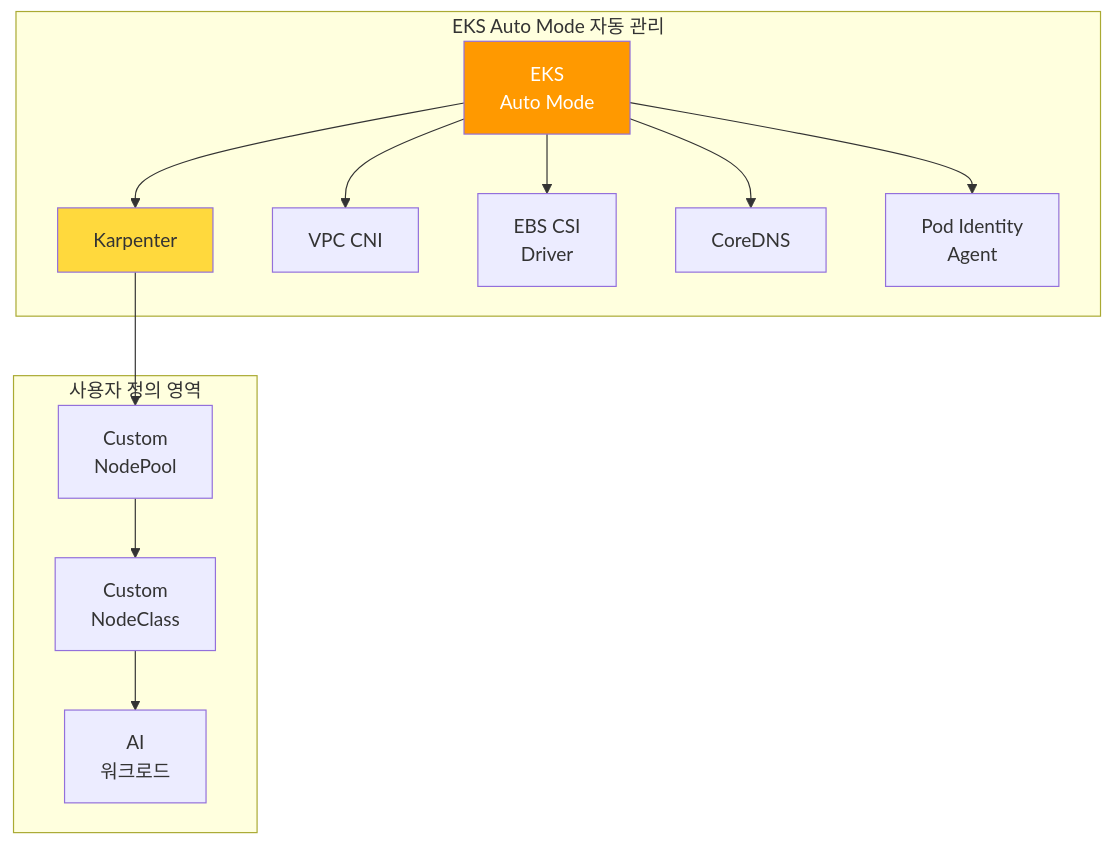
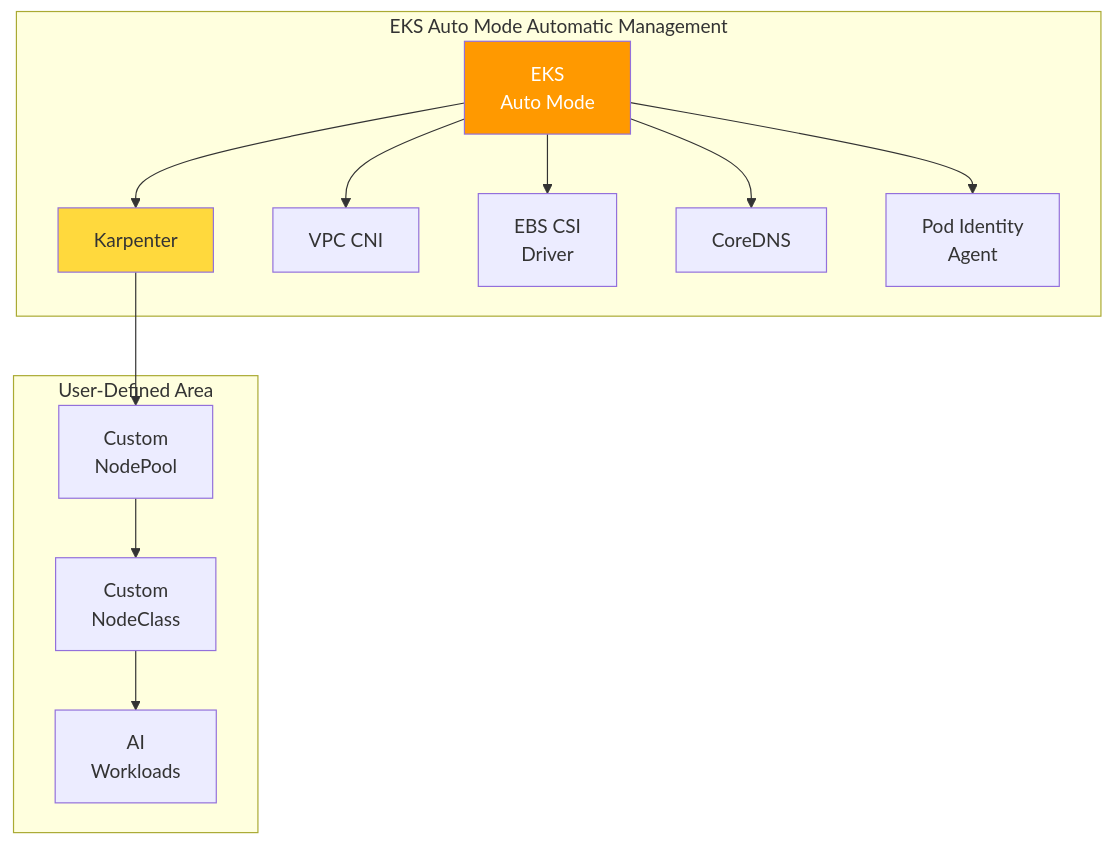
One commit to devfloor9/engineering-playbook changed the fourth of 11 diagrams in i18n/en/docusaurus-plugin-content-docs/current/agentic-ai-platform/design-architecture/agentic-ai-solutions-eks.md. Above: the diagram before and after it, drawn with Mermaid. The commit also changed other lines of this file and 16 other files, not shown here.

````diff
--- a/i18n/en/docusaurus-plugin-content-docs/current/agentic-ai-platform/design-architecture/agentic-ai-solutions-eks.md
+++ b/i18n/en/docusaurus-plugin-content-docs/current/agentic-ai-platform/design-architecture/agentic-ai-solutions-eks.md
@@ -236,29 +236,29 @@
 ```mermaid
 flowchart TD
-    subgraph AutoManaged["EKS Auto Mode 자동 관리"]
+    subgraph AutoManaged["EKS Auto Mode Automatic Management"]
         AUTO["EKS<br/>Auto Mode"]
         KARP["Karpenter"]
         VPC_CNI["VPC CNI"]
         CSI["EBS CSI<br/>Driver"]
         COREDNS["CoreDNS"]
         POD_ID["Pod Identity<br/>Agent"]
     end
 
-    subgraph UserDefined["사용자 정의 영역"]
+    subgraph UserDefined["User-Defined Area"]
         NP["Custom<br/>NodePool"]
         NC["Custom<br/>NodeClass"]
-        WL["AI<br/>워크로드"]
+        WL["AI<br/>Workloads"]
     end
 
     AUTO --> KARP
     AUTO --> VPC_CNI
     AUTO --> CSI
     AUTO --> COREDNS
     AUTO --> POD_ID
     KARP --> NP
     NP --> NC
     NC --> WL
 
     style AUTO fill:#ff9900,color:#fff
     style KARP fill:#ffd93d
 ```
````
